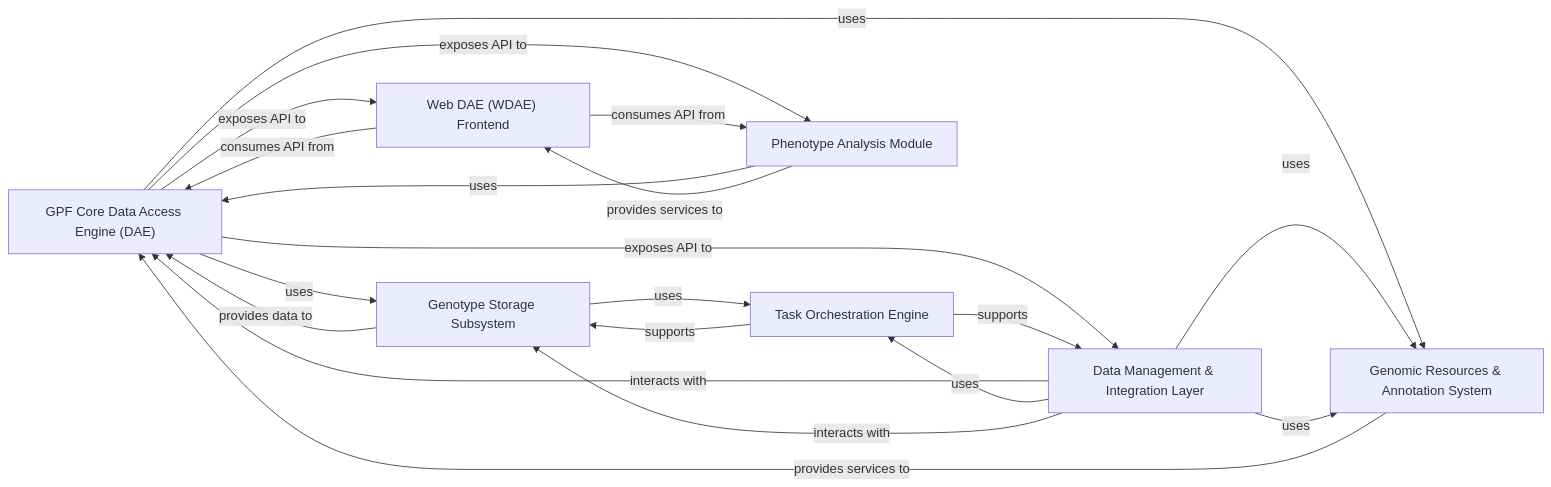
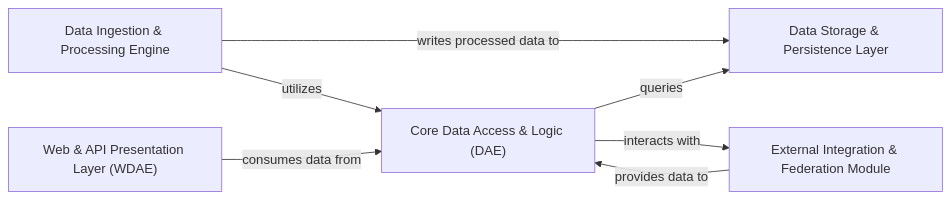
Before and after one commit to CodeBoarding/GeneratedOnBoardings: the diagram in gpf/on_boarding.md, drawn with Mermaid. The commit also changed other lines of this file, not shown here.

Commit message:
Uploading onboarding materials for gpf

````diff
--- a/gpf/on_boarding.md
+++ b/gpf/on_boarding.md
@@ -1,29 +1,14 @@
 ```mermaid
 graph LR
-    GPF_Core_Data_Access_Engine_DAE_["GPF Core Data Access Engine (DAE)"]
-    Genotype_Storage_Subsystem["Genotype Storage Subsystem"]
-    Genomic_Resources_Annotation_System["Genomic Resources & Annotation System"]
-    Web_DAE_WDAE_Frontend["Web DAE (WDAE) Frontend"]
-    Data_Management_Integration_Layer["Data Management & Integration Layer"]
-    Task_Orchestration_Engine["Task Orchestration Engine"]
-    Phenotype_Analysis_Module["Phenotype Analysis Module"]
-    GPF_Core_Data_Access_Engine_DAE_ -- "uses" --> Genotype_Storage_Subsystem
-    GPF_Core_Data_Access_Engine_DAE_ -- "uses" --> Genomic_Resources_Annotation_System
-    GPF_Core_Data_Access_Engine_DAE_ -- "exposes API to" --> Web_DAE_WDAE_Frontend
-    GPF_Core_Data_Access_Engine_DAE_ -- "exposes API to" --> Data_Management_Integration_Layer
-    GPF_Core_Data_Access_Engine_DAE_ -- "exposes API to" --> Phenotype_Analysis_Module
-    Genotype_Storage_Subsystem -- "provides data to" --> GPF_Core_Data_Access_Engine_DAE_
-    Genotype_Storage_Subsystem -- "uses" --> Task_Orchestration_Engine
-    Genomic_Resources_Annotation_System -- "provides services to" --> GPF_Core_Data_Access_Engine_DAE_
-    Data_Management_Integration_Layer -- "uses" --> Genomic_Resources_Annotation_System
-    Web_DAE_WDAE_Frontend -- "consumes API from" --> GPF_Core_Data_Access_Engine_DAE_
-    Web_DAE_WDAE_Frontend -- "consumes API from" --> Phenotype_Analysis_Module
-    Data_Management_Integration_Layer -- "interacts with" --> GPF_Core_Data_Access_Engine_DAE_
-    Data_Management_Integration_Layer -- "uses" --> Task_Orchestration_Engine
-    Data_Management_Integration_Layer -- "uses" --> Genomic_Resources_Annotation_System
-    Data_Management_Integration_Layer -- "interacts with" --> Genotype_Storage_Subsystem
-    Task_Orchestration_Engine -- "supports" --> Genotype_Storage_Subsystem
-    Task_Orchestration_Engine -- "supports" --> Data_Management_Integration_Layer
-    Phenotype_Analysis_Module -- "uses" --> GPF_Core_Data_Access_Engine_DAE_
-    Phenotype_Analysis_Module -- "provides services to" --> Web_DAE_WDAE_Frontend
+    Data_Storage_Persistence_Layer["Data Storage & Persistence Layer"]
+    Data_Ingestion_Processing_Engine["Data Ingestion & Processing Engine"]
+    Core_Data_Access_Logic_DAE_["Core Data Access & Logic (DAE)"]
+    Web_API_Presentation_Layer_WDAE_["Web & API Presentation Layer (WDAE)"]
+    External_Integration_Federation_Module["External Integration & Federation Module"]
+    Data_Ingestion_Processing_Engine -- "writes processed data to" --> Data_Storage_Persistence_Layer
+    Data_Ingestion_Processing_Engine -- "utilizes" --> Core_Data_Access_Logic_DAE_
+    Core_Data_Access_Logic_DAE_ -- "queries" --> Data_Storage_Persistence_Layer
+    Web_API_Presentation_Layer_WDAE_ -- "consumes data from" --> Core_Data_Access_Logic_DAE_
+    External_Integration_Federation_Module -- "provides data to" --> Core_Data_Access_Logic_DAE_
+    Core_Data_Access_Logic_DAE_ -- "interacts with" --> External_Integration_Federation_Module
 ```
````
